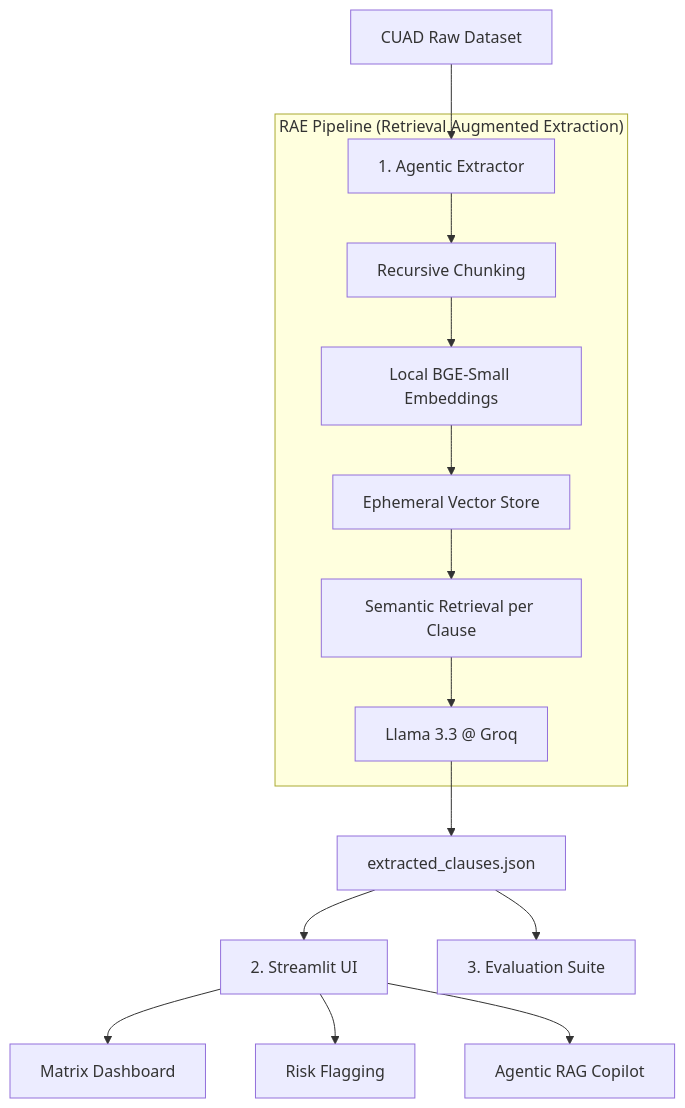
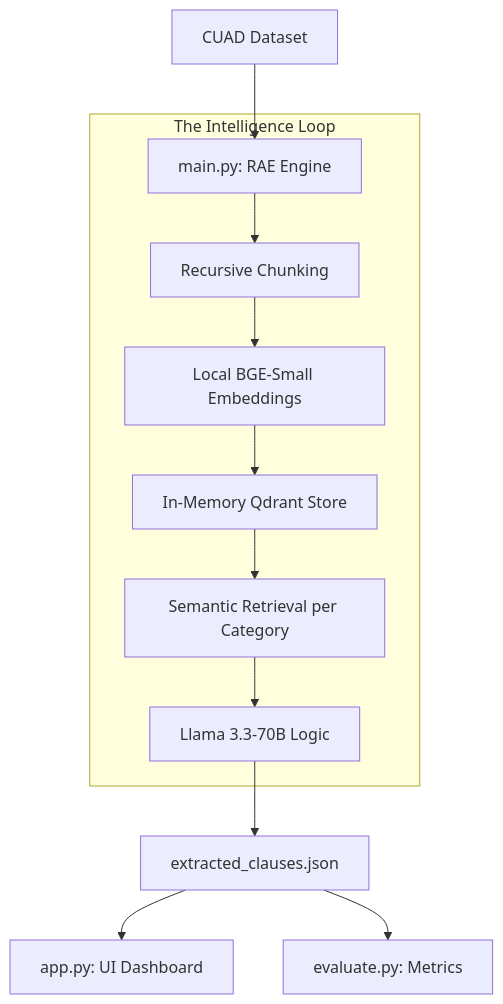
The diagram in README.md (Duyoofmp/Agentic-contract-analysis-engine), drawn with Mermaid before and after one commit. The commit also changed other lines of this file and 3 other files, not shown here.

Commit message:
Final Submission: Agentic RAE v1.0 (81.5% Recall Baseline)

````diff
--- a/README.md
+++ b/README.md
@@ -42,17 +43,14 @@
 ```mermaid
 graph TD
-    A[CUAD Raw Dataset] --> B[1. Agentic Extractor]
-    subgraph "RAE Pipeline (Retrieval Augmented Extraction)"
+    A[CUAD Dataset] --> B[main.py: RAE Engine]
+    subgraph "The Intelligence Loop"
     B --> C[Recursive Chunking]
     C --> D[Local BGE-Small Embeddings]
-    D --> E[Ephemeral Vector Store]
-    E --> F[Semantic Retrieval per Clause]
-    F --> G[Llama 3.3 @ Groq]
+    D --> E[In-Memory Qdrant Store]
+    E --> F[Semantic Retrieval per Category]
+    F --> G[Llama 3.3-70B Logic]
     end
     G --> H[extracted_clauses.json]
-    H --> I[2. Streamlit UI]
-    H --> J[3. Evaluation Suite]
-    I --> K[Matrix Dashboard]
-    I --> L[Risk Flagging]
-    I --> M[Agentic RAG Copilot]
+    H --> I[app.py: UI Dashboard]
+    H --> J[evaluate.py: Metrics]
 ```
````
